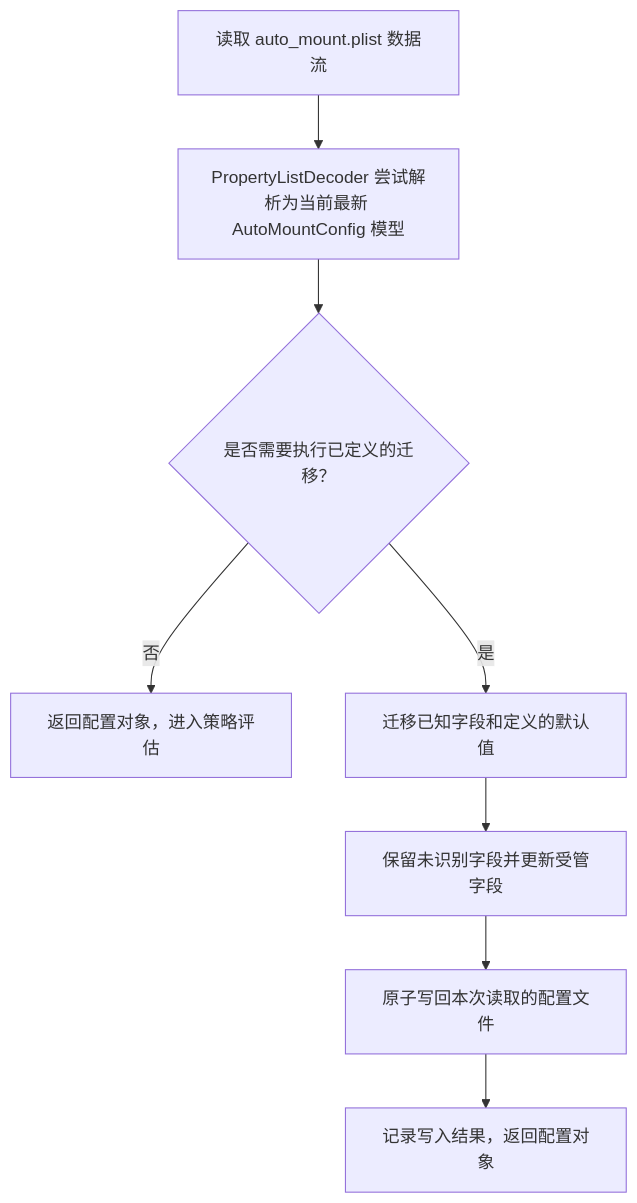
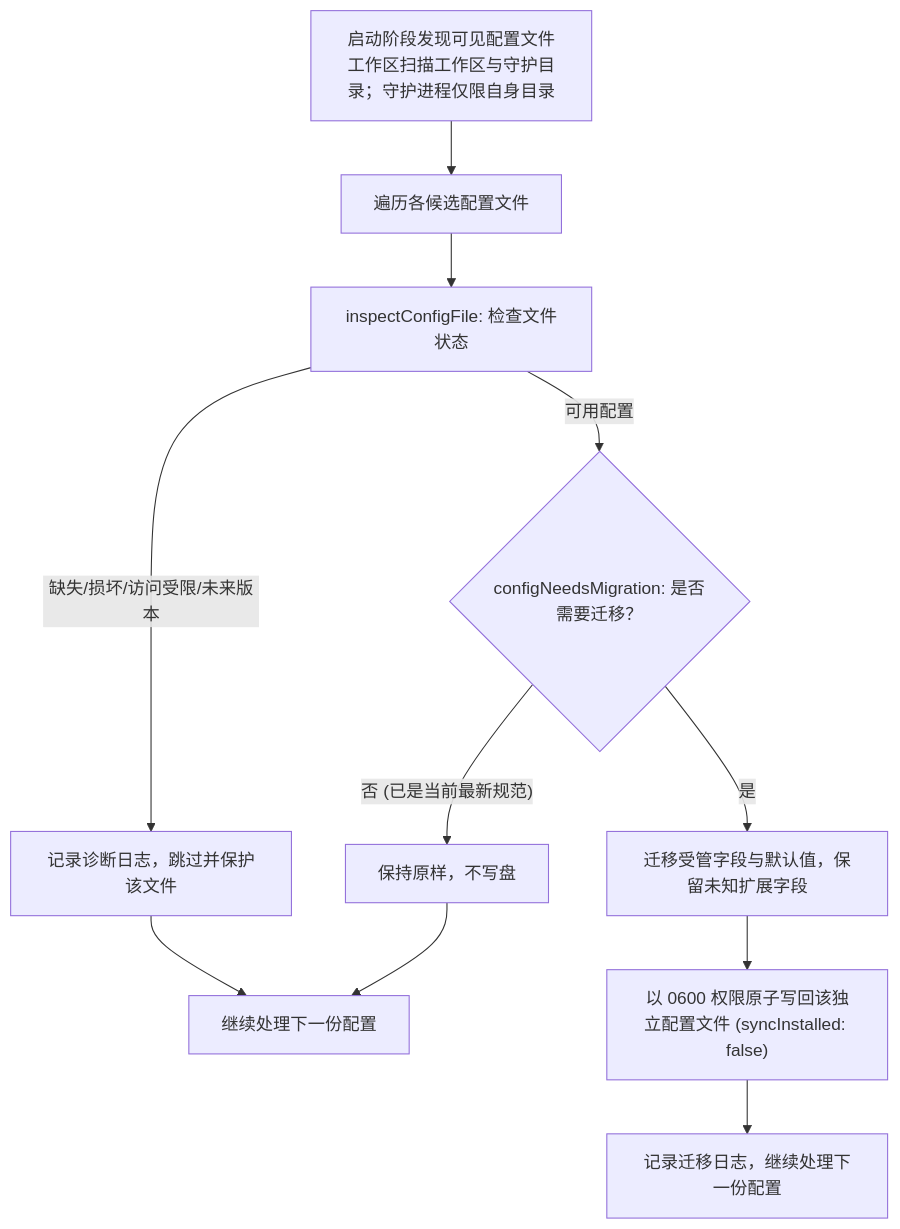
The third of 3 diagrams in ARCHITECTURE.zh.md (jiezhengj/automnt), drawn with Mermaid before and after one commit. The commit also changed other lines of this file and 8 other files, not shown here.

````diff
--- a/ARCHITECTURE.zh.md
+++ b/ARCHITECTURE.zh.md
@@ -265,13 +269,16 @@
 ```mermaid
 flowchart TD
-    LoadPlist["读取 auto_mount.plist 数据流"] --> Decode["PropertyListDecoder 尝试解析为当前最新 AutoMountConfig 模型"]
-    Decode --> CheckVersion{"是否需要执行已定义的迁移？"}
+    Scan["启动阶段发现可见配置文件\n工作区扫描工作区与守护目录；守护进程仅限自身目录"] --> Loop["遍历各候选配置文件"]
+    Loop --> Inspect["inspectConfigFile: 检查文件状态"]
     
-    CheckVersion -- "否" --> FastReturn["返回配置对象，进入策略评估"]
+    Inspect -- "缺失/损坏/访问受限/未来版本" --> Skip["记录诊断日志，跳过并保护该文件"]
+    Inspect -- "可用配置" --> CheckMigrate{"configNeedsMigration: 是否需要迁移？"}
     
-    CheckVersion -- "是" --> SchemaUpgrade["迁移已知字段和定义的默认值"]
+    CheckMigrate -- "否 (已是当前最新规范)" --> Noop["保持原样，不写盘"]
+    CheckMigrate -- "是" --> SchemaUpgrade["迁移受管字段与默认值，保留未知扩展字段"]
     
-    SchemaUpgrade --> Preserve["保留未识别字段并更新受管字段"]
-    Preserve --> AtomicSave["原子写回本次读取的配置文件"]
-    AtomicSave --> LogAudit["记录写入结果，返回配置对象"]
+    SchemaUpgrade --> AtomicSave["以 0600 权限原子写回该独立配置文件 (syncInstalled: false)"]
+    AtomicSave --> LogAudit["记录迁移日志，继续处理下一份配置"]
+    Skip --> Next["继续处理下一份配置"]
+    Noop --> Next
 ```
````
